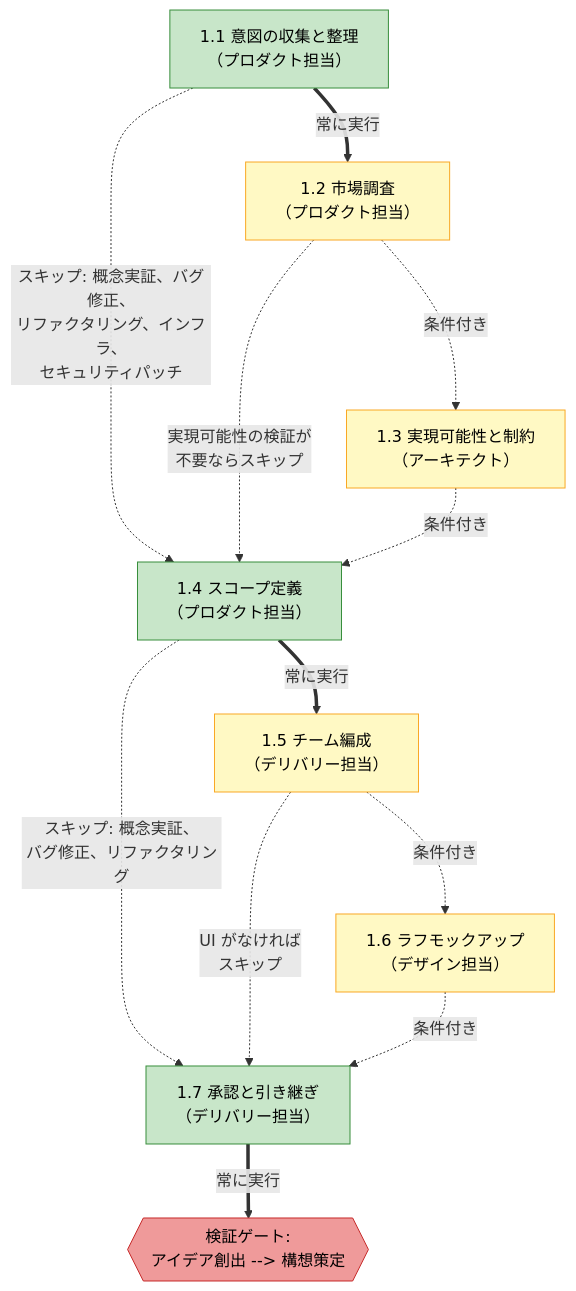
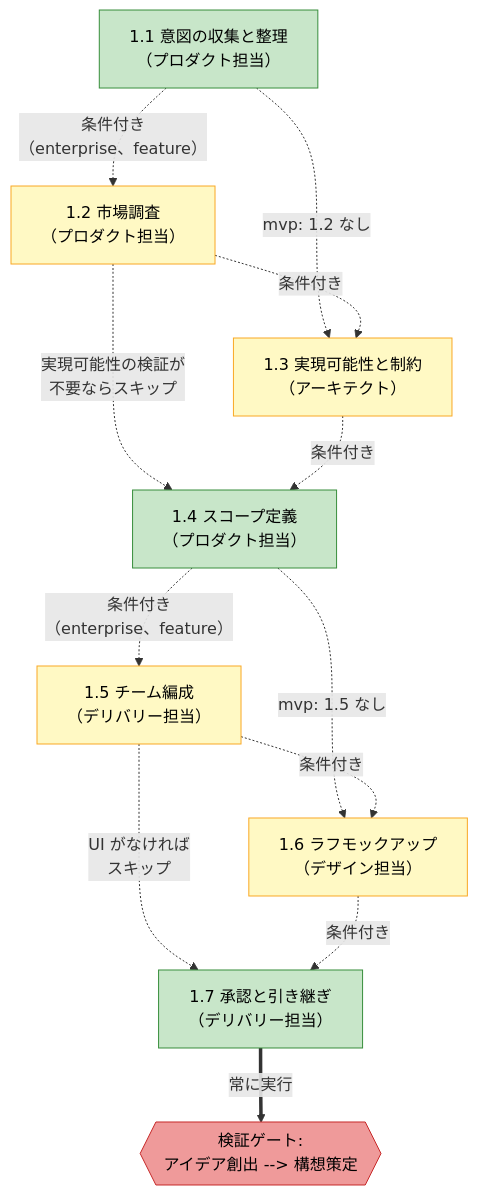
The second of 12 diagrams in docs/reference/ja/diagrams.md (otomatty/aidlc-guide), drawn with Mermaid before and after one commit. The commit also changed other lines of this file and 740 other files, not shown here.

````diff
--- a/docs/reference/ja/diagrams.md
+++ b/docs/reference/ja/diagrams.md
@@ -71,32 +71,32 @@
 ```mermaid
 flowchart TD
     S11["1.1 意図の収集と整理\n（プロダクト担当）"]
     S12["1.2 市場調査\n（プロダクト担当）"]
     S13["1.3 実現可能性と制約\n（アーキテクト）"]
     S14["1.4 スコープ定義\n（プロダクト担当）"]
     S15["1.5 チーム編成\n（デリバリー担当）"]
     S16["1.6 ラフモックアップ\n（デザイン担当）"]
     S17["1.7 承認と引き継ぎ\n（デリバリー担当）"]
     VG1{{"検証ゲート:\nアイデア創出 --> 構想策定"}}
 
-    S11 ==>|常に実行| S12
-    S11 -.->|"スキップ: 概念実証、バグ修正、\nリファクタリング、インフラ、\nセキュリティパッチ"| S14
+    S11 -.->|"条件付き\n（enterprise、feature）"| S12
+    S11 -.->|"mvp: 1.2 なし"| S13
     S12 -.->|条件付き| S13
     S12 -.->|"実現可能性の検証が\n不要ならスキップ"| S14
     S13 -.->|条件付き| S14
-    S14 ==>|常に実行| S15
-    S14 -.->|"スキップ: 概念実証、\nバグ修正、リファクタリング"| S17
+    S14 -.->|"条件付き\n（enterprise、feature）"| S15
+    S14 -.->|"mvp: 1.5 なし"| S16
     S15 -.->|条件付き| S16
     S15 -.->|"UI がなければ\nスキップ"| S17
     S16 -.->|条件付き| S17
     S17 ==>|常に実行| VG1
 
     style S11 fill:#c8e6c9,stroke:#388e3c,color:#000
     style S14 fill:#c8e6c9,stroke:#388e3c,color:#000
     style S17 fill:#c8e6c9,stroke:#388e3c,color:#000
     style S12 fill:#fff9c4,stroke:#f9a825,color:#000
     style S13 fill:#fff9c4,stroke:#f9a825,color:#000
     style S15 fill:#fff9c4,stroke:#f9a825,color:#000
     style S16 fill:#fff9c4,stroke:#f9a825,color:#000
     style VG1 fill:#ef9a9a,stroke:#c62828,color:#000
 ```
````
